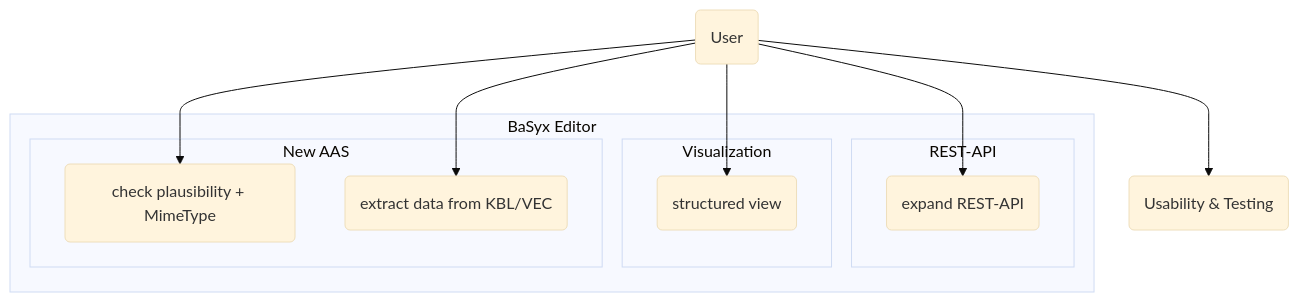
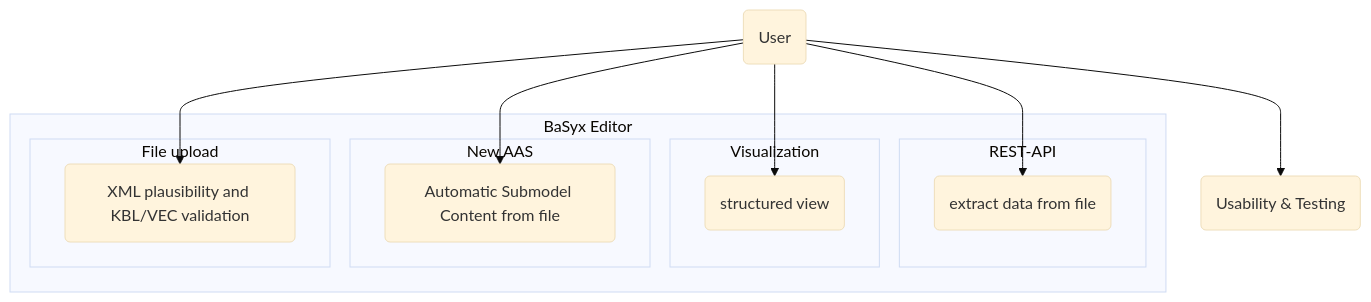
Before and after one commit to DHBW-TINF24F/Team3-Basyx-Editor: the diagram in PROJECT/TINF24F_3_Master-Usecase.md, drawn with Mermaid (base theme). The commit also changed other lines of this file and 4 other files, not shown here.

First line of the commit message:
Updating BC, Gantt, Master Usecase

````diff
--- a/PROJECT/TINF24F_3_Master-Usecase.md
+++ b/PROJECT/TINF24F_3_Master-Usecase.md
@@ -47,41 +31,46 @@
 ```mermaid
 graph 
 
   %% Akteur
   User("User")
 
   %% Hauptpackage Verwaltungsschale (BaSyx Editor)
   subgraph "BaSyx Editor"
   %%dummy1([" "]) 
   
    subgraph "REST-API"
-      UCRest("expand REST-API")
+      UCRest("extract data from file")
     end
 
      
     %% Dummy-Knoten als Abstandshalter
     
     subgraph Visualization 
       UCViewer("structured view")
     end
 
    
 
     subgraph "New AAS"
-      UCAAS("check plausibility + MimeType")
-      UCADD("extract data from KBL/VEC")
+      UCAAS("Automatic Submodel Content from file")
+      
     end
+
+    subgraph "File upload"
+      UCADD("XML plausibility and KBL/VEC validation")
+    end
+    
   end
 
   %% Use Case außerhalb als unbedeutend positioniert
   UCTest("Usability & Testing")
 
   %% Verbindungen Akteur zu Use Cases
   User --> UCViewer
   User --> UCRest
   User --> UCAAS
   User --> UCADD
   User --> UCTest
 
     
 ```
````
